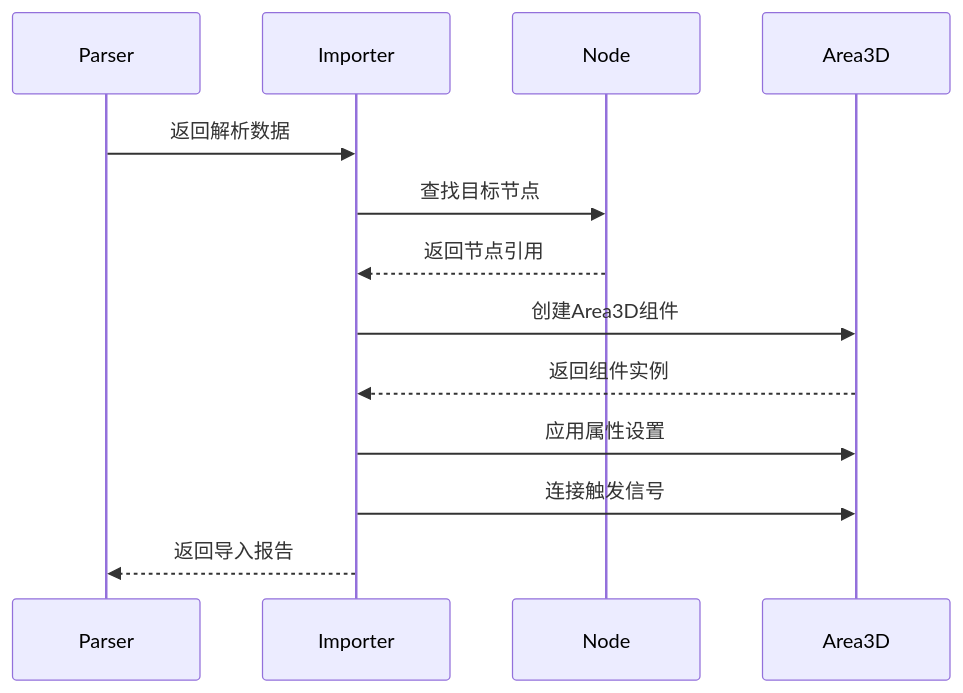
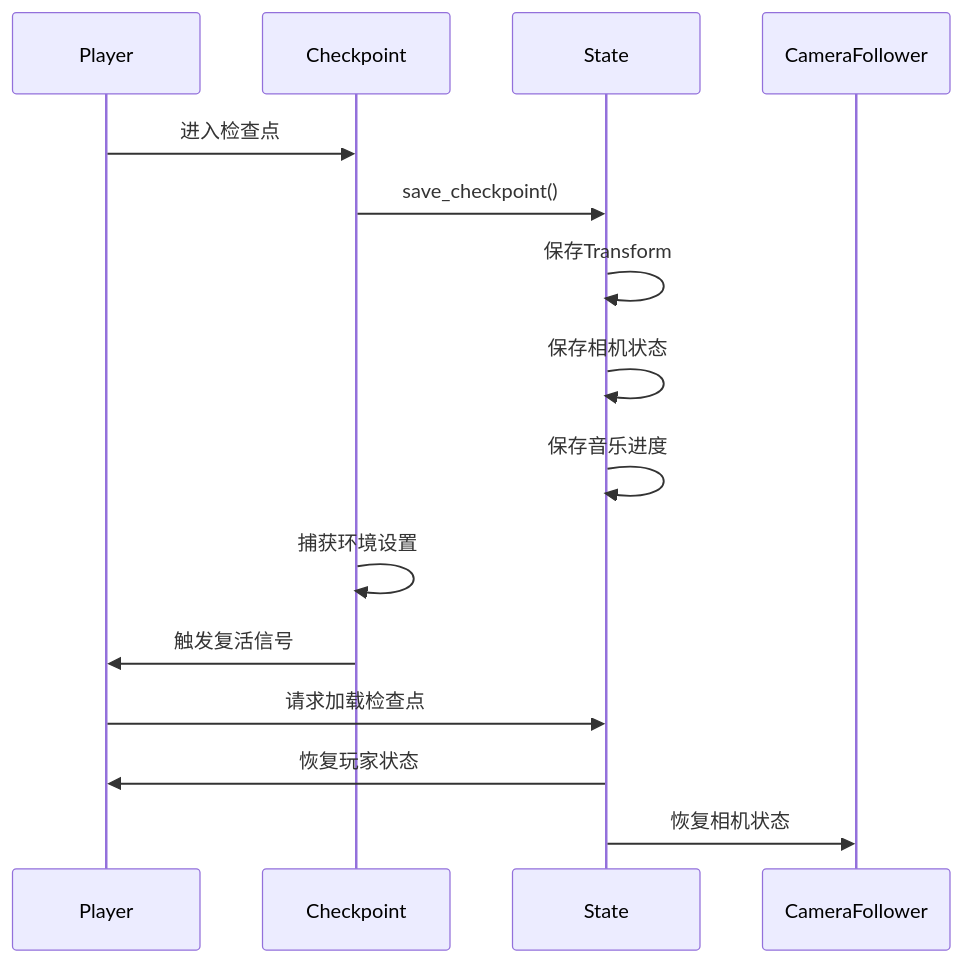
The third of 3 diagrams in .qoder/repowiki/zh/content/开发工具/SaveKit保存系统.md (godotline/godot-line), drawn with Mermaid before and after one commit. The commit also changed other lines of this file and 10 other files, not shown here.

````diff
--- a/.qoder/repowiki/zh/content/开发工具/SaveKit保存系统.md
+++ b/.qoder/repowiki/zh/content/开发工具/SaveKit保存系统.md
@@ -339,15 +167,17 @@
 ```mermaid
 sequenceDiagram
-participant P as Parser
-participant I as Importer
-participant N as Node
-participant A as Area3D
-P->>I : 返回解析数据
-I->>N : 查找目标节点
-N-->>I : 返回节点引用
-I->>A : 创建Area3D组件
-A-->>I : 返回组件实例
-I->>A : 应用属性设置
-I->>A : 连接触发信号
-I-->>P : 返回导入报告
+participant Player as Player
+participant Checkpoint as Checkpoint
+participant State as State
+participant Camera as CameraFollower
+Player->>Checkpoint : 进入检查点
+Checkpoint->>State : save_checkpoint()
+State->>State : 保存Transform
+State->>State : 保存相机状态
+State->>State : 保存音乐进度
+Checkpoint->>Checkpoint : 捕获环境设置
+Checkpoint->>Player : 触发复活信号
+Player->>State : 请求加载检查点
+State->>Player : 恢复玩家状态
+State->>Camera : 恢复相机状态
 ```
````
